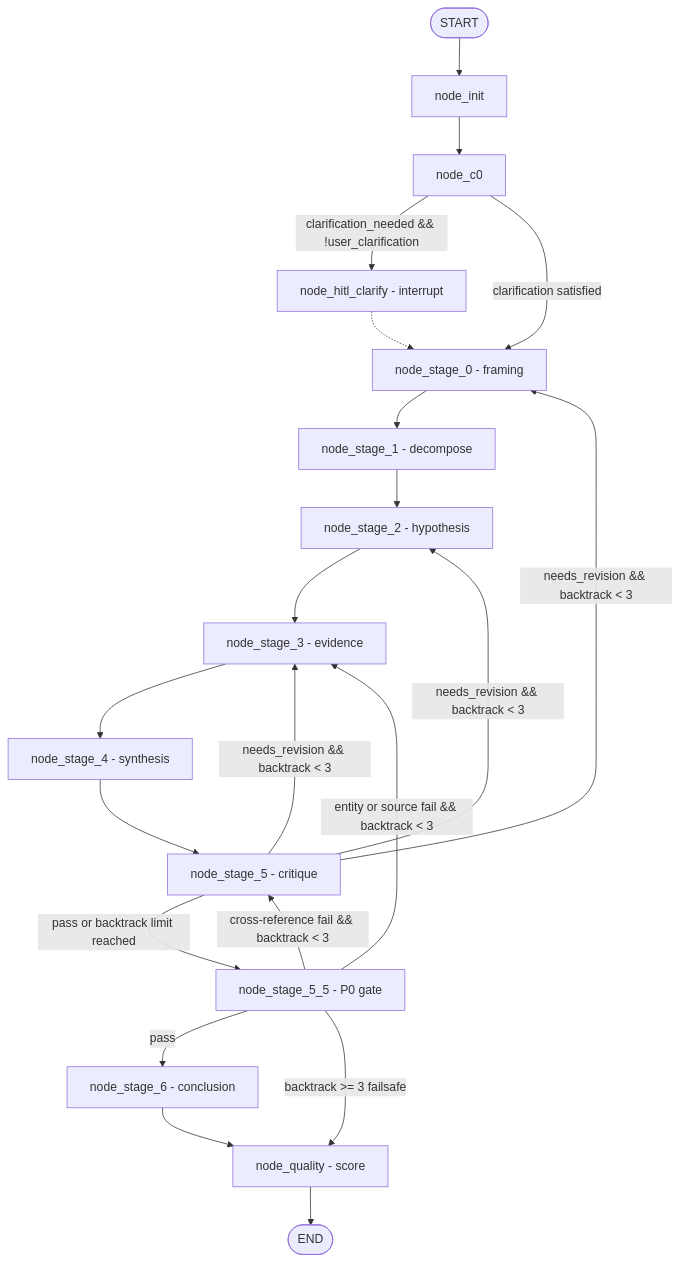
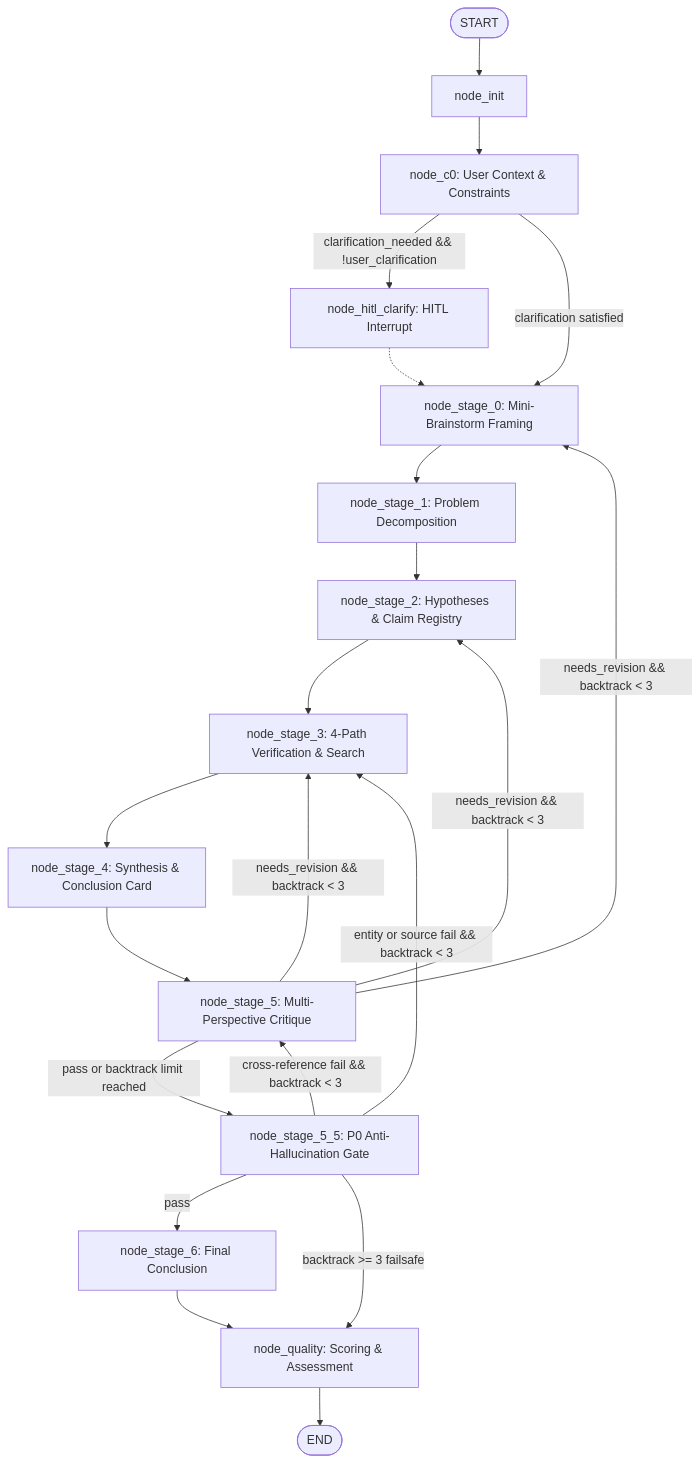
One commit to okokjai/claude-reasoning changed the diagram in README.md. Above: the diagram before and after it, drawn with Mermaid. The commit also changed other lines of this file, not shown here.

````diff
--- a/README.md
+++ b/README.md
@@ -29,23 +75,30 @@
 ```mermaid
 graph TD
     START([START]) --> node_init[node_init]
-    node_init --> node_c0[node_c0]
-    node_c0 -->|clarification_needed && !user_clarification| node_hitl_clarify[node_hitl_clarify - interrupt]
-    node_c0 -->|clarification satisfied| node_stage_0[node_stage_0 - framing]
+    node_init --> node_c0[node_c0: User Context & Constraints]
+    
+    node_c0 -->|clarification_needed && !user_clarification| node_hitl_clarify[node_hitl_clarify: HITL Interrupt]
+    node_c0 -->|clarification satisfied| node_stage_0[node_stage_0: Mini-Brainstorm Framing]
     node_hitl_clarify -.-> node_stage_0
-    node_stage_0 --> node_stage_1[node_stage_1 - decompose]
-    node_stage_1 --> node_stage_2[node_stage_2 - hypothesis]
-    node_stage_2 --> node_stage_3[node_stage_3 - evidence]
-    node_stage_3 --> node_stage_4[node_stage_4 - synthesis]
-    node_stage_4 --> node_stage_5[node_stage_5 - critique]
+    
+    node_stage_0 --> node_stage_1[node_stage_1: Problem Decomposition]
+    node_stage_1 --> node_stage_2[node_stage_2: Hypotheses & Claim Registry]
+    node_stage_2 --> node_stage_3[node_stage_3: 4-Path Verification & Search]
+    node_stage_3 --> node_stage_4[node_stage_4: Synthesis & Conclusion Card]
+    node_stage_4 --> node_stage_5[node_stage_5: Multi-Perspective Critique]
+    
+    %% Bounded Backtracking Edges
     node_stage_5 -->|needs_revision && backtrack < 3| node_stage_0
     node_stage_5 -->|needs_revision && backtrack < 3| node_stage_2
     node_stage_5 -->|needs_revision && backtrack < 3| node_stage_3
-    node_stage_5 -->|pass or backtrack limit reached| node_stage_5_5[node_stage_5_5 - P0 gate]
+    node_stage_5 -->|pass or backtrack limit reached| node_stage_5_5[node_stage_5_5: P0 Anti-Hallucination Gate]
+    
+    %% Gate Failure Edges
     node_stage_5_5 -->|entity or source fail && backtrack < 3| node_stage_3
     node_stage_5_5 -->|cross-reference fail && backtrack < 3| node_stage_5
-    node_stage_5_5 -->|pass| node_stage_6[node_stage_6 - conclusion]
-    node_stage_5_5 -->|backtrack >= 3 failsafe| node_quality[node_quality - score]
+    node_stage_5_5 -->|pass| node_stage_6[node_stage_6: Final Conclusion]
+    node_stage_5_5 -->|backtrack >= 3 failsafe| node_quality[node_quality: Scoring & Assessment]
+    
     node_stage_6 --> node_quality
     node_quality --> END([END])
 ```
````
